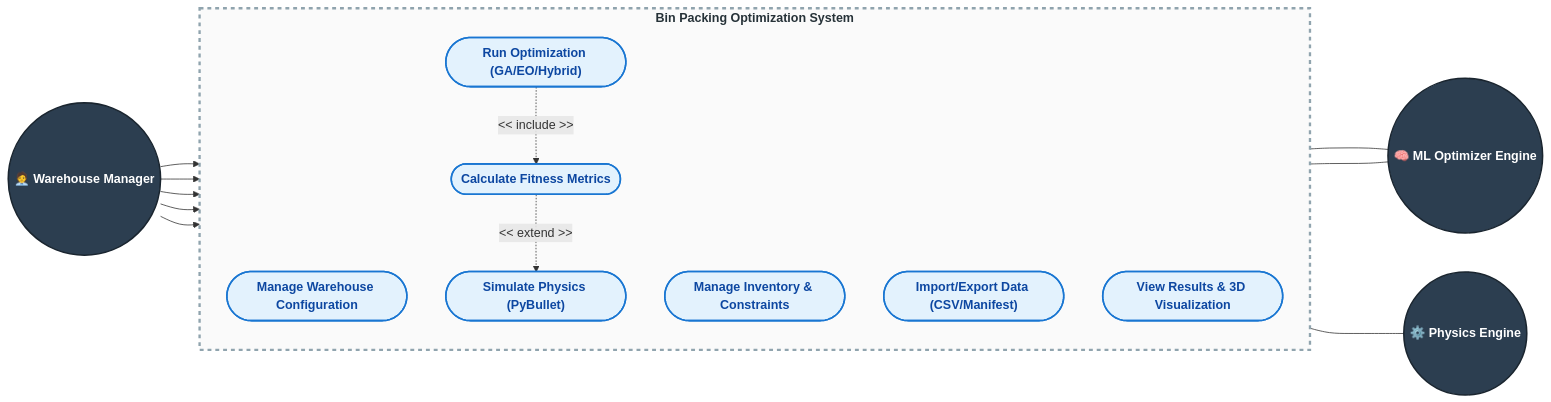
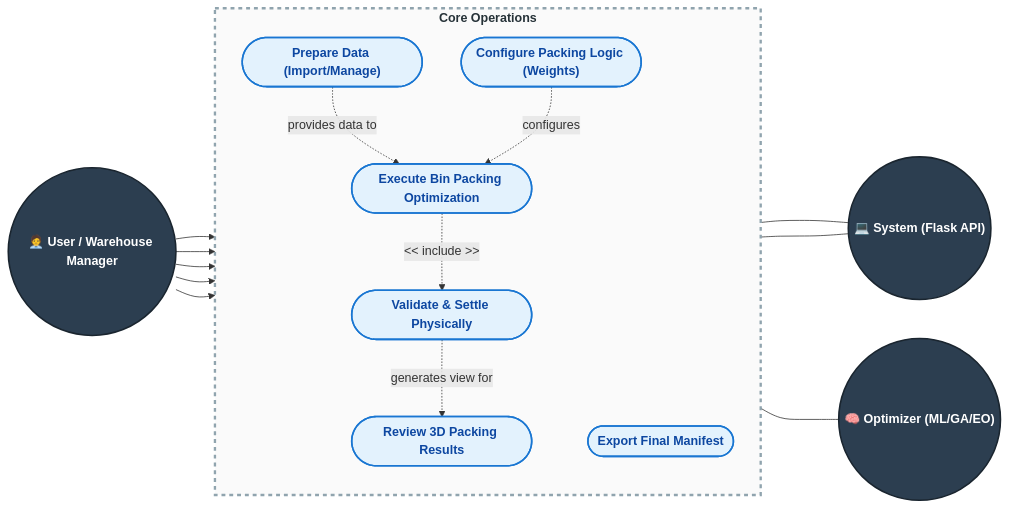
The diagram in usecase_diagram.md (TotoBakods/Training-Bin-Packing), drawn with Mermaid before and after one commit. The commit also changed other lines of this file, not shown here.

Commit message:
refactor: revise the use case diagram to outline core system operations and updated actors.

````diff
--- a/usecase_diagram.md
+++ b/usecase_diagram.md
@@ -7,48 +7,44 @@
 ```mermaid
 flowchart LR
     %% Custom Styles
     classDef actor fill:#2c3e50,stroke:#1a252f,stroke-width:2px,color:#fff,font-weight:bold
     classDef usecase fill:#e3f2fd,stroke:#1976d2,stroke-width:2px,color:#0d47a1,font-weight:bold,rx:15,ry:15
     classDef sysBoundary fill:#fafafa,stroke:#90a4ae,stroke-width:3px,stroke-dasharray: 5 5,color:#263238,font-weight:bold
 
     %% Actors
-    User(("🧑‍💼 Warehouse Manager")):::actor
-    Optimizer(("🧠 ML Optimizer Engine")):::actor
-    Physics(("⚙️ Physics Engine")):::actor
+    User(("🧑‍💼 User / Warehouse Manager")):::actor
+    System(("💻 System (Flask API)")):::actor
+    Optimizer(("🧠 Optimizer (ML/GA/EO)")):::actor
 
-    subgraph SystemBoundary ["Bin Packing Optimization System"]
+    subgraph SystemBoundary ["Core Operations"]
         direction TB
 
-        UC1(["Manage Warehouse Configuration"]):::usecase
-        UC2(["Manage Inventory & Constraints"]):::usecase
-        UC3(["Import/Export Data (CSV/Manifest)"]):::usecase
-        
-        UC4(["Run Optimization (GA/EO/Hybrid)"]):::usecase
-        UC5(["Calculate Fitness Metrics"]):::usecase
-        
-        UC6(["Simulate Physics (PyBullet)"]):::usecase
-        
-        UC7(["View Results & 3D Visualization"]):::usecase
+        UC1(["Prepare Data (Import/Manage)"]):::usecase
+        UC2(["Configure Packing Logic (Weights)"]):::usecase
+        UC3(["Execute Bin Packing Optimization"]):::usecase
+        UC4(["Validate & Settle Physically"]):::usecase
+        UC5(["Review 3D Packing Results"]):::usecase
+        UC6(["Export Final Manifest"]):::usecase
     end
 
     %% Apply Classes
     class SystemBoundary sysBoundary
 
-    %% User Interactions
+    %% User Interactions (Start & End points)
     User --> UC1
     User --> UC2
     User --> UC3
-    User --> UC4
-    User --> UC7
+    User --> UC5
+    User --> UC6
 
-    %% System Engine Interactions (connecting from right)
-    UC5 <--- Optimizer
-    UC4 <--- Optimizer
+    %% System Engine Interactions
+    UC3 <--- System
+    UC3 <--- Optimizer
+    UC4 <--- System
     
-    UC6 <--- Physics
-
-    %% Internal Use Case Links (includes & extends)
-    UC4 -. "<< include >>" .-> UC5
-    
-    UC5 -. "<< extend >>" .-> UC6
+    %% Internal Use Case Links (Sequence)
+    UC1 -. "provides data to" .-> UC3
+    UC2 -. "configures" .-> UC3
+    UC3 -. "<< include >>" .-> UC4
+    UC4 -. "generates view for" .-> UC5
 ```
````
